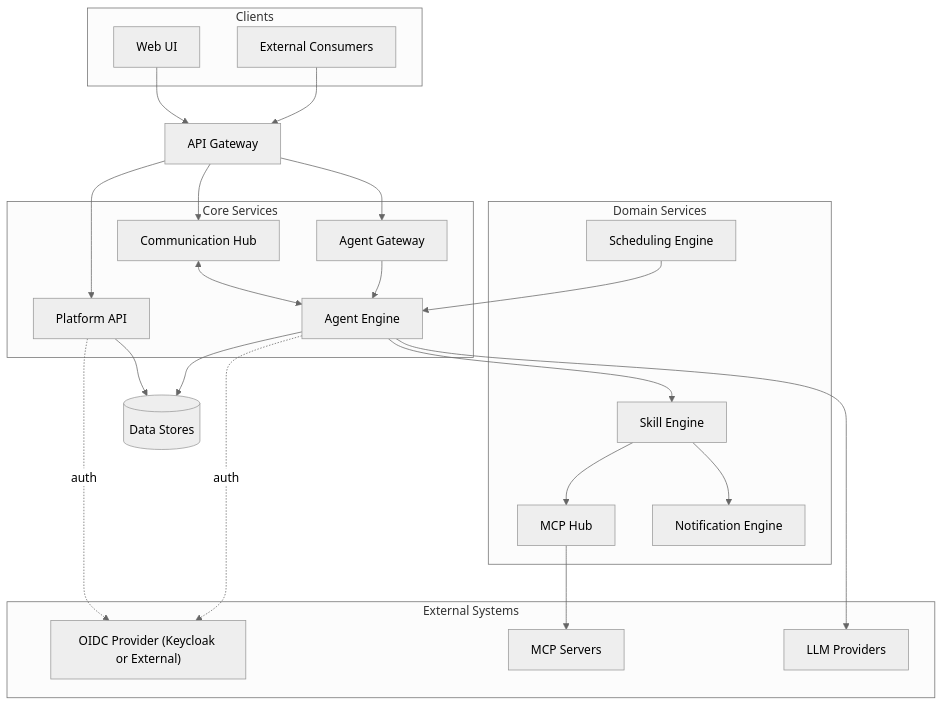
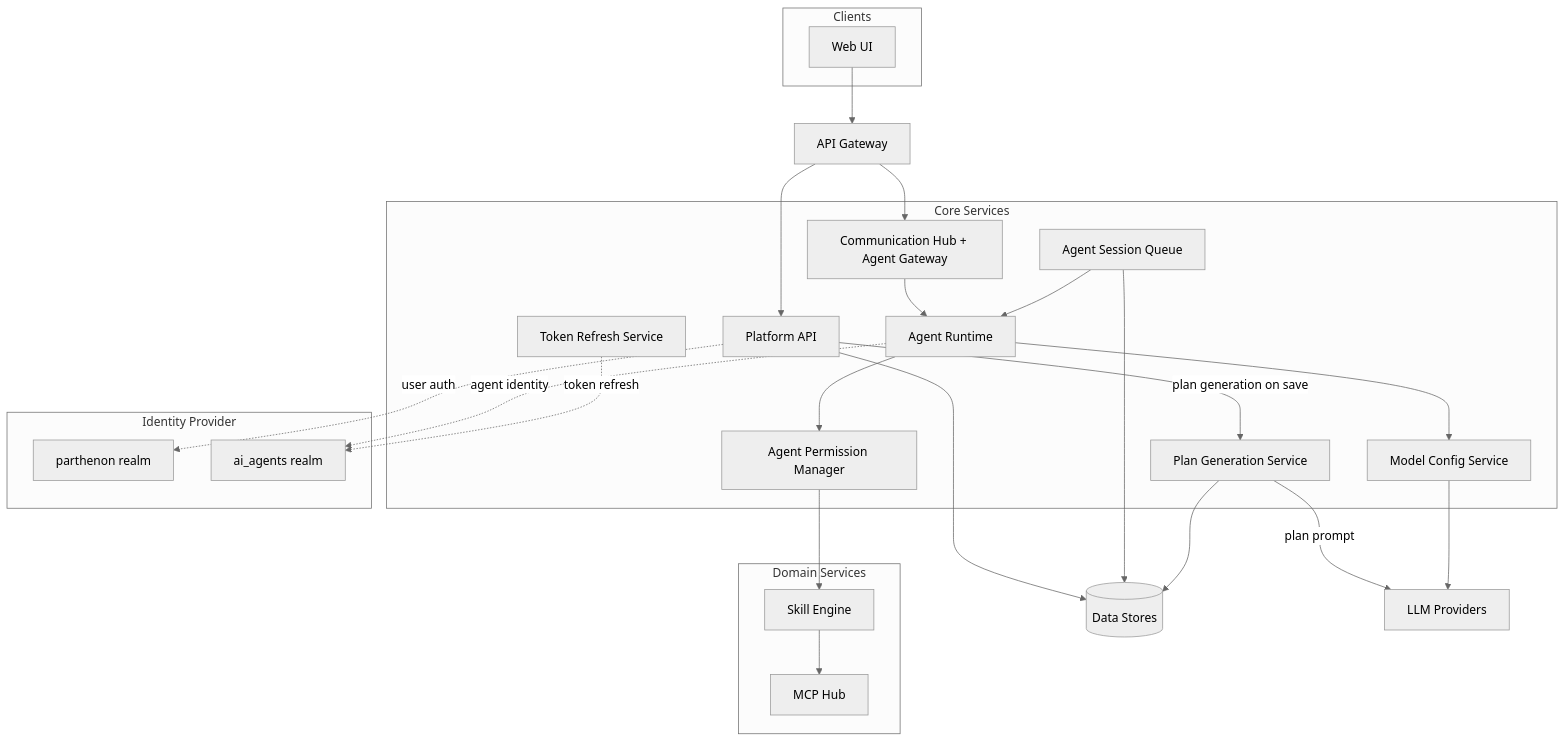
Before and after one commit to hurungang/parthenon: the diagram in docs/master/architecture/system-overview.md, drawn with Mermaid (neutral theme). The commit also changed other lines of this file and 175 other files, not shown here.

````diff
--- a/docs/master/architecture/system-overview.md
+++ b/docs/master/architecture/system-overview.md
@@ -7,49 +7,52 @@
 ```mermaid
 flowchart TB
     subgraph Clients
         WebUI[Web UI]
-        ExtCon[External Consumers]
     end
 
     Nginx[API Gateway]
 
     subgraph Core[Core Services]
         API[Platform API]
-        CH[Communication Hub]
-        AGW[Agent Gateway]
-        AE[Agent Engine]
+        PGS[Plan Generation Service]
+        CH[Communication Hub + Agent Gateway]
+        AR[Agent Runtime]
+        APM[Agent Permission Manager]
+        AJQ[Agent Session Queue]
+        MCS[Model Config Service]
+        TRS[Token Refresh Service]
     end
 
     subgraph Domain[Domain Services]
         SE[Skill Engine]
         MCP[MCP Hub]
-        Sched[Scheduling Engine]
-        Notif[Notification Engine]
     end
 
     DS[(Data Stores)]
 
-    subgraph Ext[External Systems]
-        OIDC["OIDC Provider (Keycloak or External)"]
-        EMCP[MCP Servers]
-        LLM[LLM Providers]
+    subgraph IdP[Identity Provider]
+        UserRealm[parthenon realm]
+        AgentRealm[ai_agents realm]
     end
 
+    LLM[LLM Providers]
+
     WebUI --> Nginx
-    ExtCon --> Nginx
     Nginx --> API
     Nginx --> CH
-    Nginx --> AGW
-    CH <--> AE
-    AGW --> AE
-    AE --> SE
-    AE --> LLM
+    API -->|plan generation on save| PGS
+    PGS -->|plan prompt| LLM
+    CH --> AR
+    AJQ --> AR
+    AR --> APM
+    AR --> MCS
+    MCS --> LLM
+    APM --> SE
     SE --> MCP
-    SE --> Notif
-    MCP --> EMCP
-    Sched --> AE
     API --> DS
-    AE --> DS
-    API -.->|auth| OIDC
-    AE -.->|auth| OIDC
+    AJQ --> DS
+    PGS --> DS
+    API -.->|user auth| UserRealm
+    AR -.->|agent identity| AgentRealm
+    TRS -.->|token refresh| AgentRealm
 ```
````
